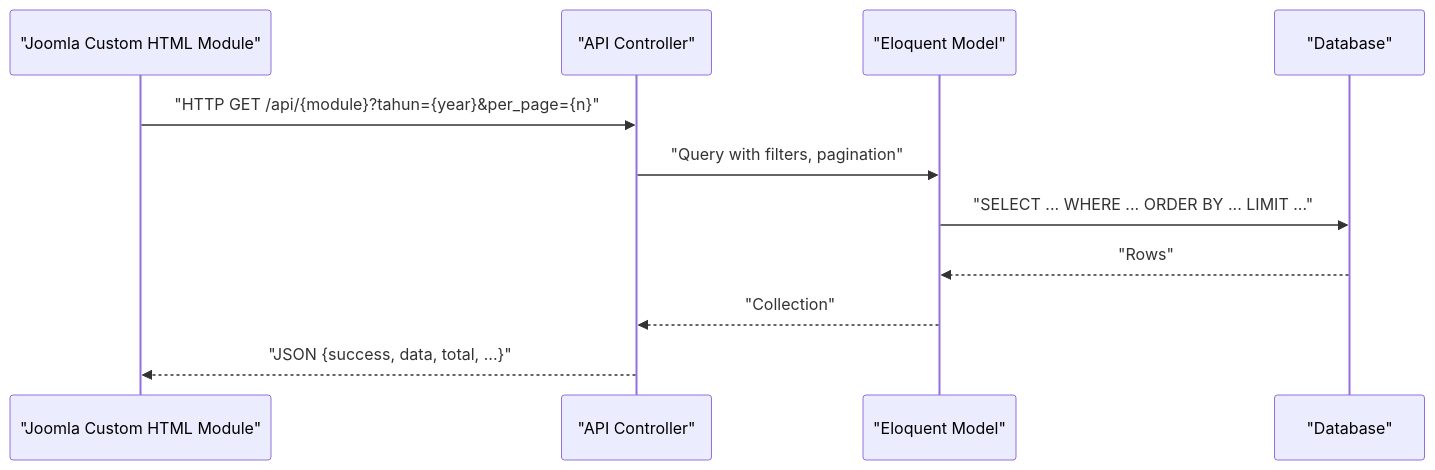
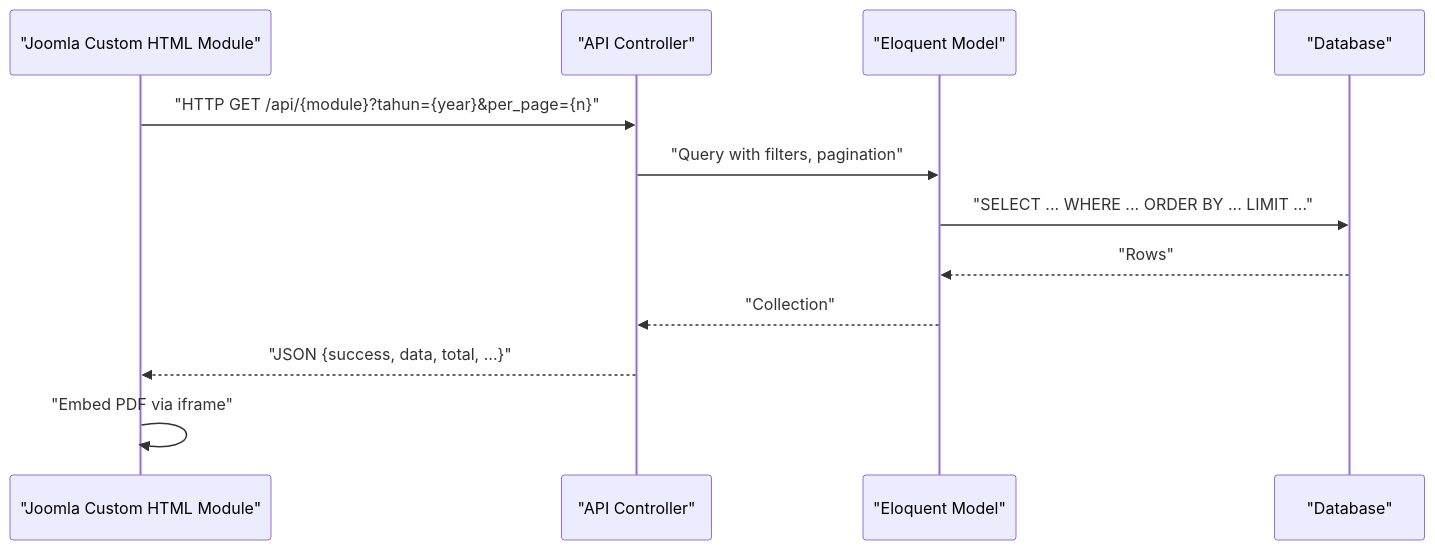
One commit to backuppapnj/api-web changed the second of 9 diagrams in .qoder/repowiki/en/content/Integration Documentation/Integration Documentation.md. Above: the diagram before and after it, drawn with Mermaid. The commit also changed other lines of this file and 13 other files, not shown here.

````diff
--- a/.qoder/repowiki/en/content/Integration Documentation/Integration Documentation.md
+++ b/.qoder/repowiki/en/content/Integration Documentation/Integration Documentation.md
@@ -138,13 +169,14 @@
 ```mermaid
 sequenceDiagram
 participant Legacy as "Joomla Custom HTML Module"
 participant API as "API Controller"
 participant Model as "Eloquent Model"
 participant DB as "Database"
 Legacy->>API : "HTTP GET /api/{module}?tahun={year}&per_page={n}"
 API->>Model : "Query with filters, pagination"
 Model->>DB : "SELECT ... WHERE ... ORDER BY ... LIMIT ..."
 DB-->>Model : "Rows"
 Model-->>API : "Collection"
 API-->>Legacy : "JSON {success, data, total, ...}"
+Legacy->>Legacy : "Embed PDF via iframe"
 ```
````
